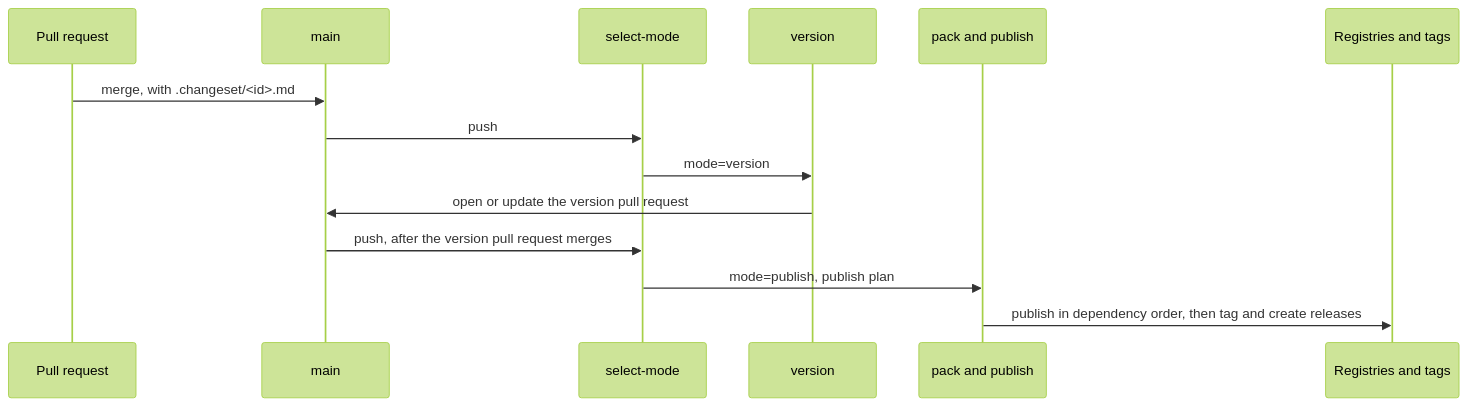
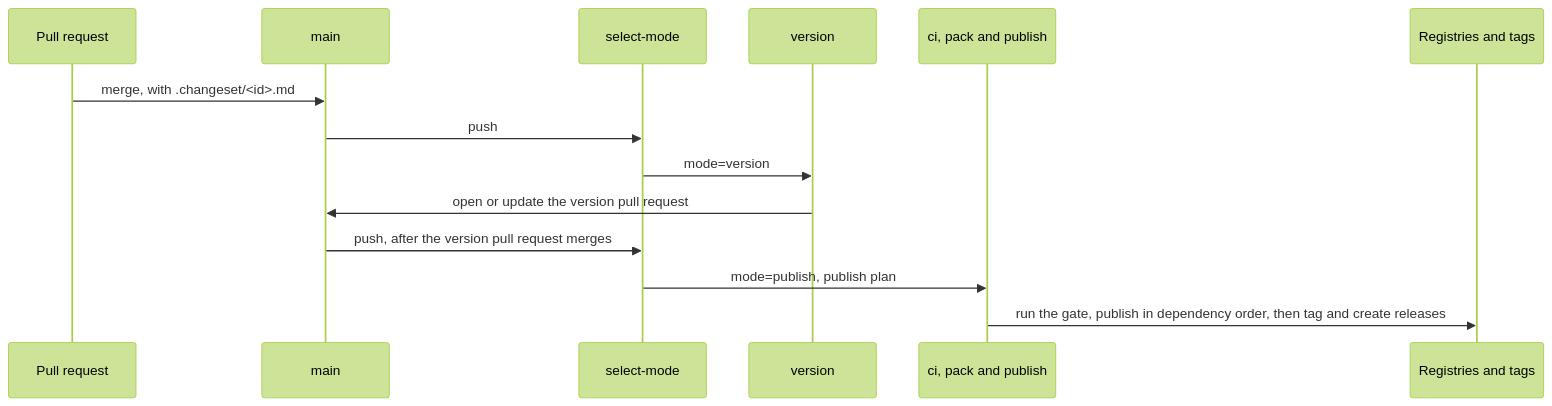
Before and after one commit to dokimasia/ergon: the diagram in docs/rfc/0002-release.md, drawn with Mermaid (forest theme). The commit also changed other lines of this file and 247 other files, not shown here.

````diff
--- a/docs/rfc/0002-release.md
+++ b/docs/rfc/0002-release.md
@@ -70,17 +72,17 @@
 ```mermaid
 sequenceDiagram
     participant PR as Pull request
     participant M as main
     participant S as select-mode
     participant V as version
-    participant P as pack and publish
+    participant P as ci, pack and publish
     participant R as Registries and tags
 
     PR->>M: merge, with .changeset/<id>.md
     M->>S: push
     S->>V: mode=version
     V->>M: open or update the version pull request
     M->>S: push, after the version pull request merges
     S->>P: mode=publish, publish plan
-    P->>R: publish in dependency order, then tag and create releases
+    P->>R: run the gate, publish in dependency order, then tag and create releases
 ```
````
